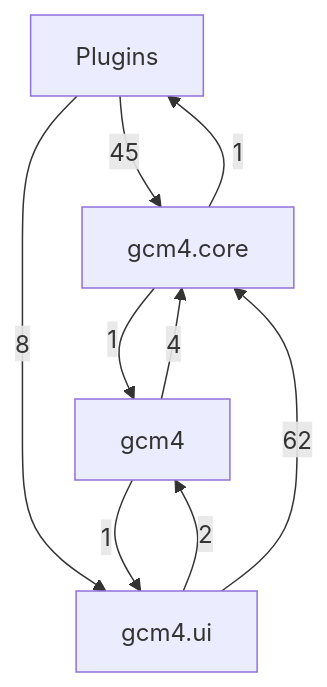
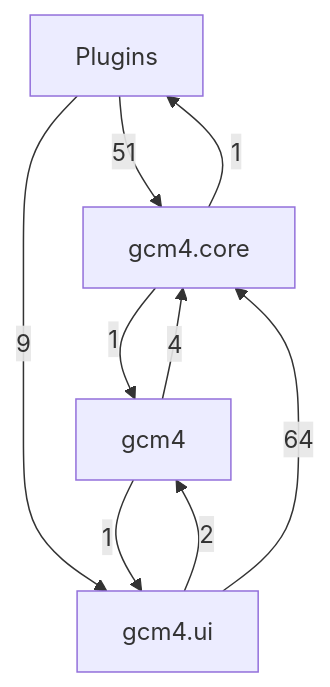
Before and after one commit to Mathilde-Team/Gcm4: the first of 5 diagrams in docs/class-diagram.md, drawn with Mermaid. The commit also changed other lines of this file and 69 other files, not shown here.

````diff
--- a/docs/class-diagram.md
+++ b/docs/class-diagram.md
@@ -21,15 +21,15 @@
 ```mermaid
 flowchart TD
     g0["Plugins"]
     g1["gcm4"]
     g2["gcm4.core"]
     g3["gcm4.ui"]
-    g0 -->|45| g2
-    g0 -->|8| g3
+    g0 -->|51| g2
+    g0 -->|9| g3
     g1 -->|4| g2
     g1 -->|1| g3
     g2 -->|1| g0
     g2 -->|1| g1
     g3 -->|2| g1
-    g3 -->|62| g2
+    g3 -->|64| g2
 ```
````
